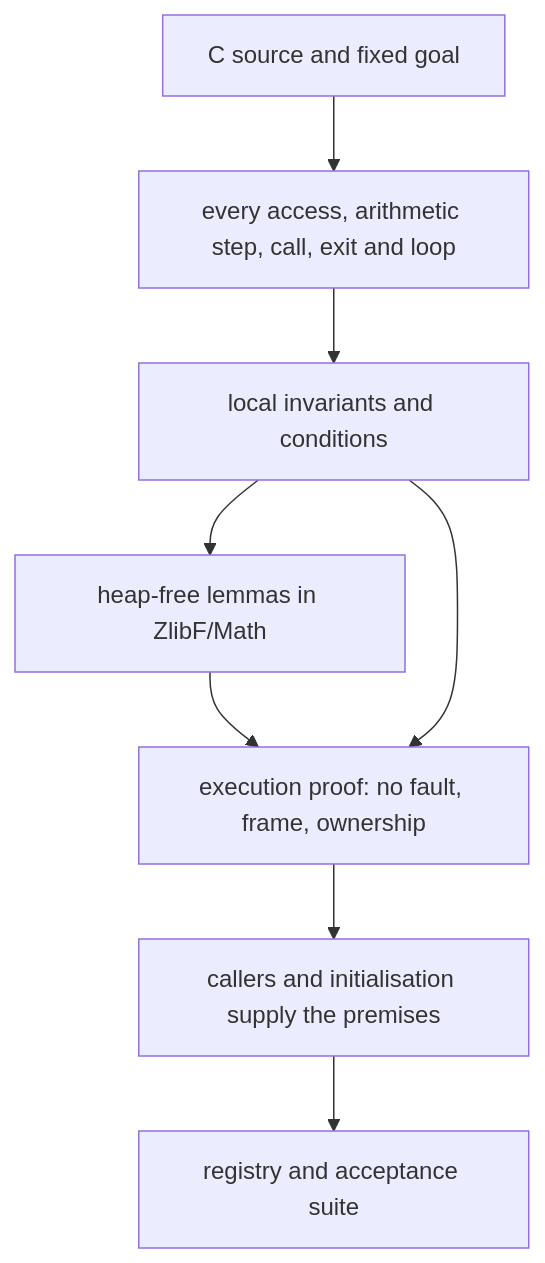
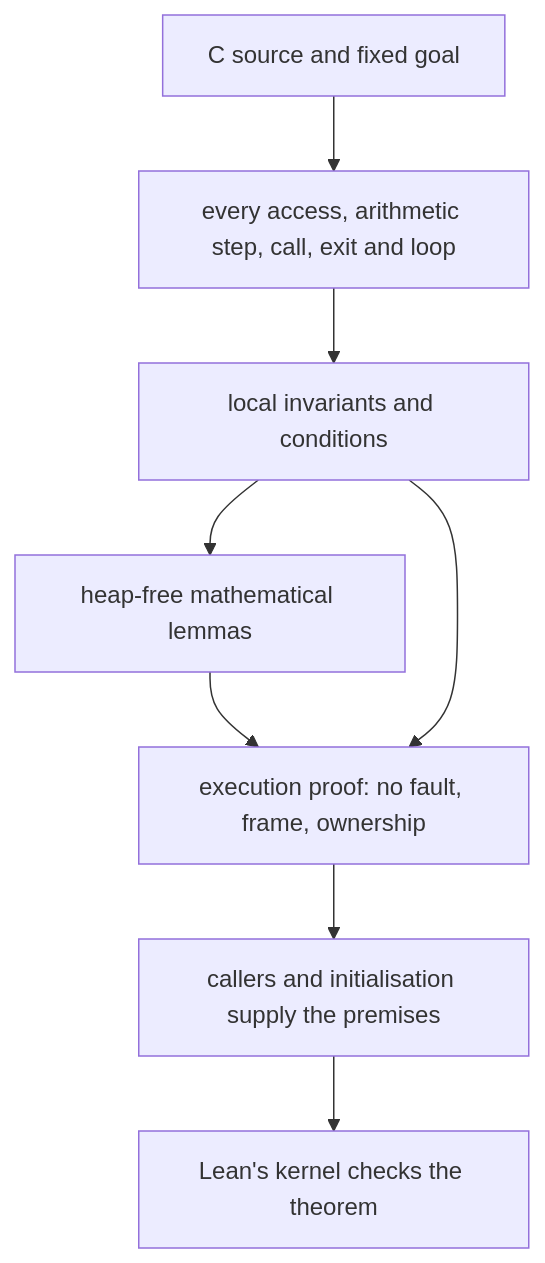
The first of 2 diagrams in docs/proof/method.md (cla7aye15I4nd/oss-proof), drawn with Mermaid before and after one commit. The commit also changed other lines of this file and 35 other files, not shown here.

````diff
--- a/docs/proof/method.md
+++ b/docs/proof/method.md
@@ -34,10 +34,10 @@
 ```mermaid
 flowchart TD
     Source["C source and fixed goal"] --> Hazards["every access, arithmetic step, call, exit and loop"]
     Hazards --> Local["local invariants and conditions"]
-    Local --> Math["heap-free lemmas in ZlibF/Math"]
+    Local --> Math["heap-free mathematical lemmas"]
     Math --> Execution["execution proof: no fault, frame, ownership"]
     Local --> Execution
     Execution --> Init["callers and initialisation supply the premises"]
-    Init --> Acceptance["registry and acceptance suite"]
+    Init --> Kernel["Lean's kernel checks the theorem"]
 ```
````
